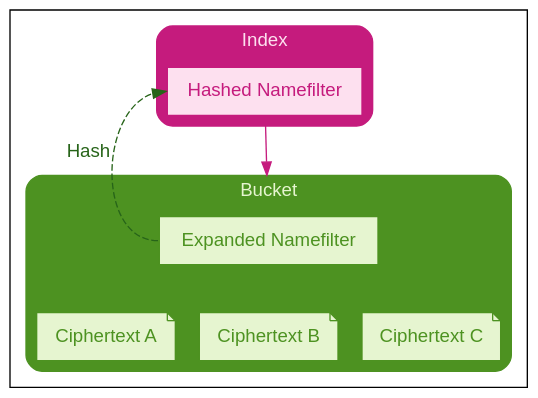
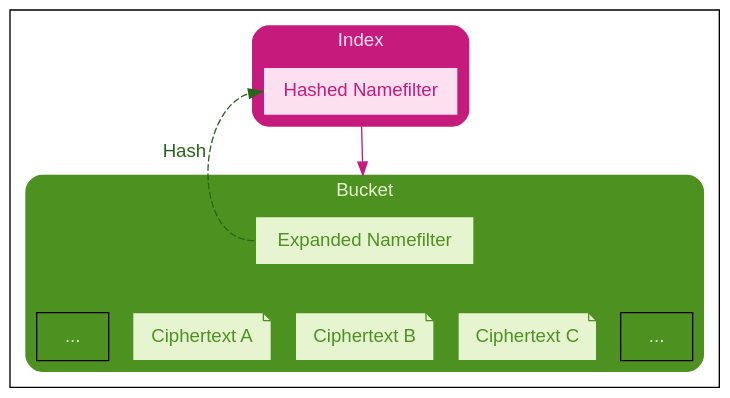
The diagram in spec/diagrams/hamt_leaves.dot (wnfs-wg/spec), drawn with Graphviz before and after one commit.

Commit message:
HAMT Leaves diagram

```diff
--- a/spec/diagrams/hamt_leaves.dot
+++ b/spec/diagrams/hamt_leaves.dot
@@ -1,76 +1,78 @@
 digraph G {
     #########
     # SETUP #
     #########
 
     compound = true
     fontname = "Helvetica"
 
     edge [
         colorscheme = "piyg11"
         fontname = "Helvetica"
     ];
 
     node [
         shape = box
         colorscheme = "piyg11"
         style = filled
         fillcolor = 7
         fontname = "Helvetica"
         color=10
         fontcolor=10
     ];
 
     graph [
         colorscheme = "piyg11"
         color = 10
         style = "rounded,filled"
         fontcolor=7
     ];
 
     ############
     # CLUSTERS #
     ############
 
     subgraph cluster_index {
         label = "Index"
 
         color = 2
         fillcolor = 2
         fontcolor = 5
 
         hashed_namefilter [
             label = "Hashed Namefilter"
 
             color = 2
             fillcolor = 5
             fontcolor = 2
         ]
     }
 
     subgraph cluster_bucket {
         label = "Bucket"
 
         expanded_namefilter [label = "Expanded Namefilter"]
 
+        ellipsis_start [label = "..." fontcolor = 7 shape = plaintext fillcolor = 10]
         ciphertext_a [label = "Ciphertext A" shape = note]
         ciphertext_b [label = "Ciphertext B" shape = note]
         ciphertext_c [label = "Ciphertext C" shape = note]
+        ellipsis_end [label = "..." fontcolor = 7 shape = plaintext fillcolor = 10]
 
-        expanded_namefilter -> { ciphertext_a ciphertext_b ciphertext_c} [style = invis]
+        expanded_namefilter -> { ellipsis_start ciphertext_a ciphertext_b ciphertext_c ellipsis_end} [style = invis]
     }
 
     hashed_namefilter -> expanded_namefilter [
         ltail = cluster_index
         lhead = cluster_bucket
         minlen = 2
         color = 2
     ]
 
     expanded_namefilter:w -> hashed_namefilter:w [
         xlabel = "Hash"
         fontcolor = 11
         color = 11
         style = dashed
     ]
 }
```
